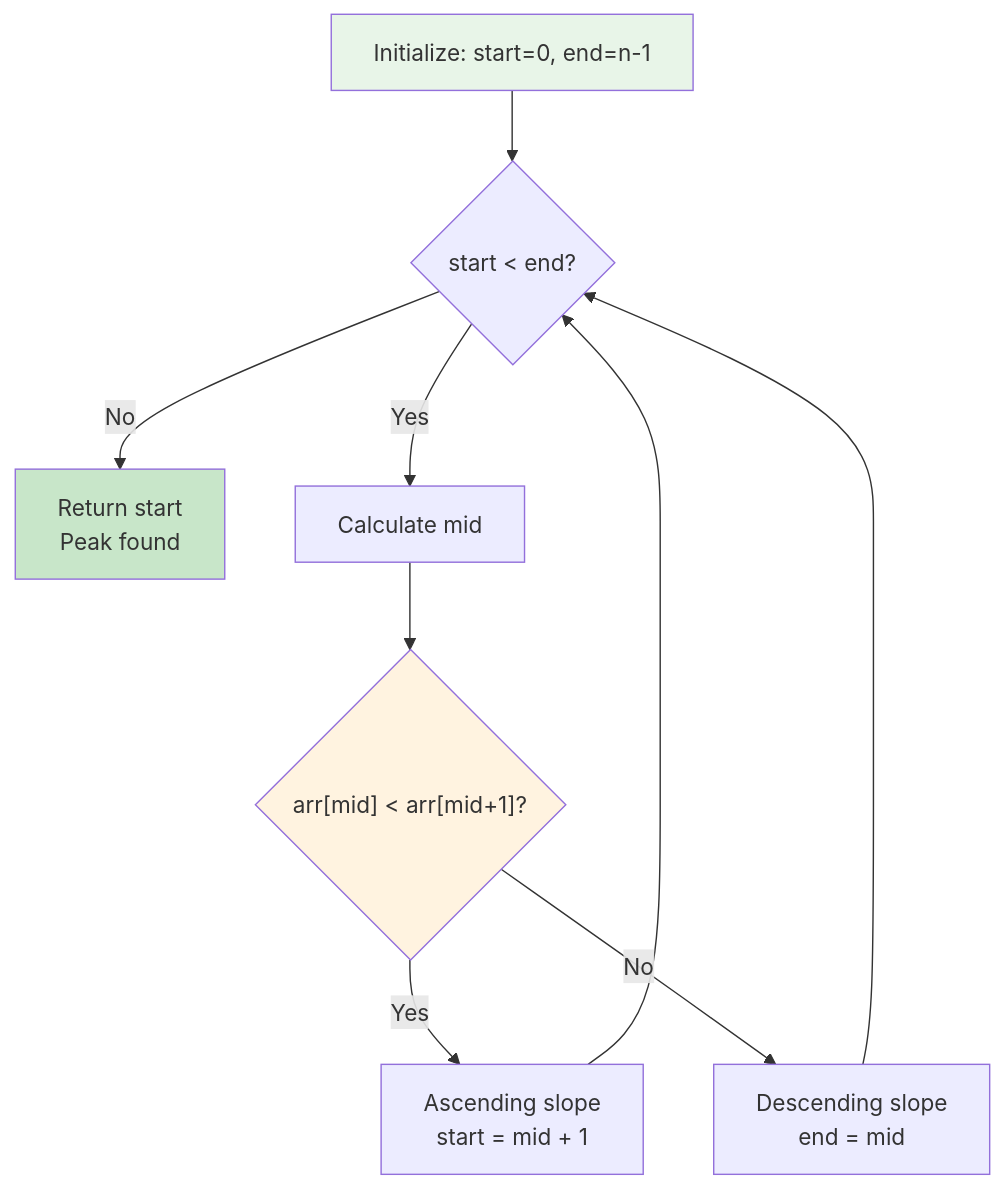
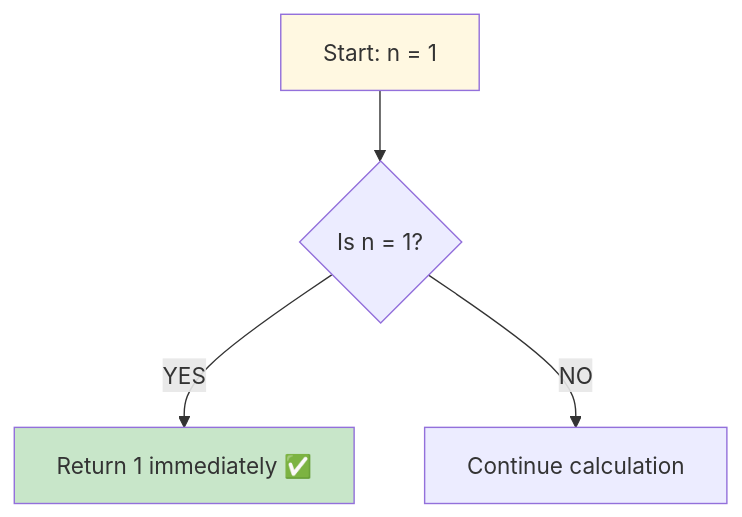
One commit to LuckyLongre123/README_RUNNER changed the fifth of 10 diagrams in README.md. Above: the diagram before and after it, drawn with Mermaid. The commit also changed other lines of this file, not shown here.

````diff
--- a/README.md
+++ b/README.md
@@ -197,15 +140,9 @@
 ```mermaid
 flowchart TD
-    A["Initialize: start=0, end=n-1"] --> B{"start < end?"}
-    B -->|"No"| C["Return start<br/>Peak found"]
-    B -->|"Yes"| D["Calculate mid"]
-    D --> E{"arr[mid] < arr[mid+1]?"}
-    E -->|"Yes"| F["Ascending slope<br/>start = mid + 1"]
-    E -->|"No"| G["Descending slope<br/>end = mid"]
-    F --> B
-    G --> B
+    A["Start: n = 1"] --> B{"Is n = 1?"}
+    B -->|"YES"| C["Return 1 immediately ✅"]
+    B -->|"NO"| D["Continue calculation"]
     
-    style A fill:#e8f5e8
-    style E fill:#fff3e0
+    style A fill:#fff8e1
     style C fill:#c8e6c9
 ```
````
